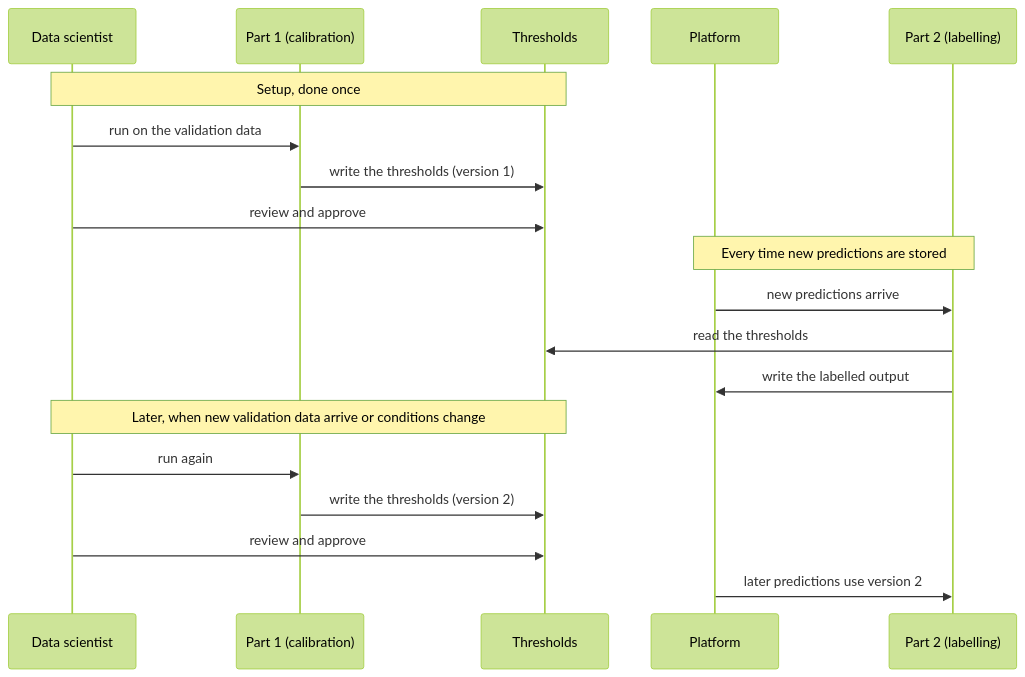
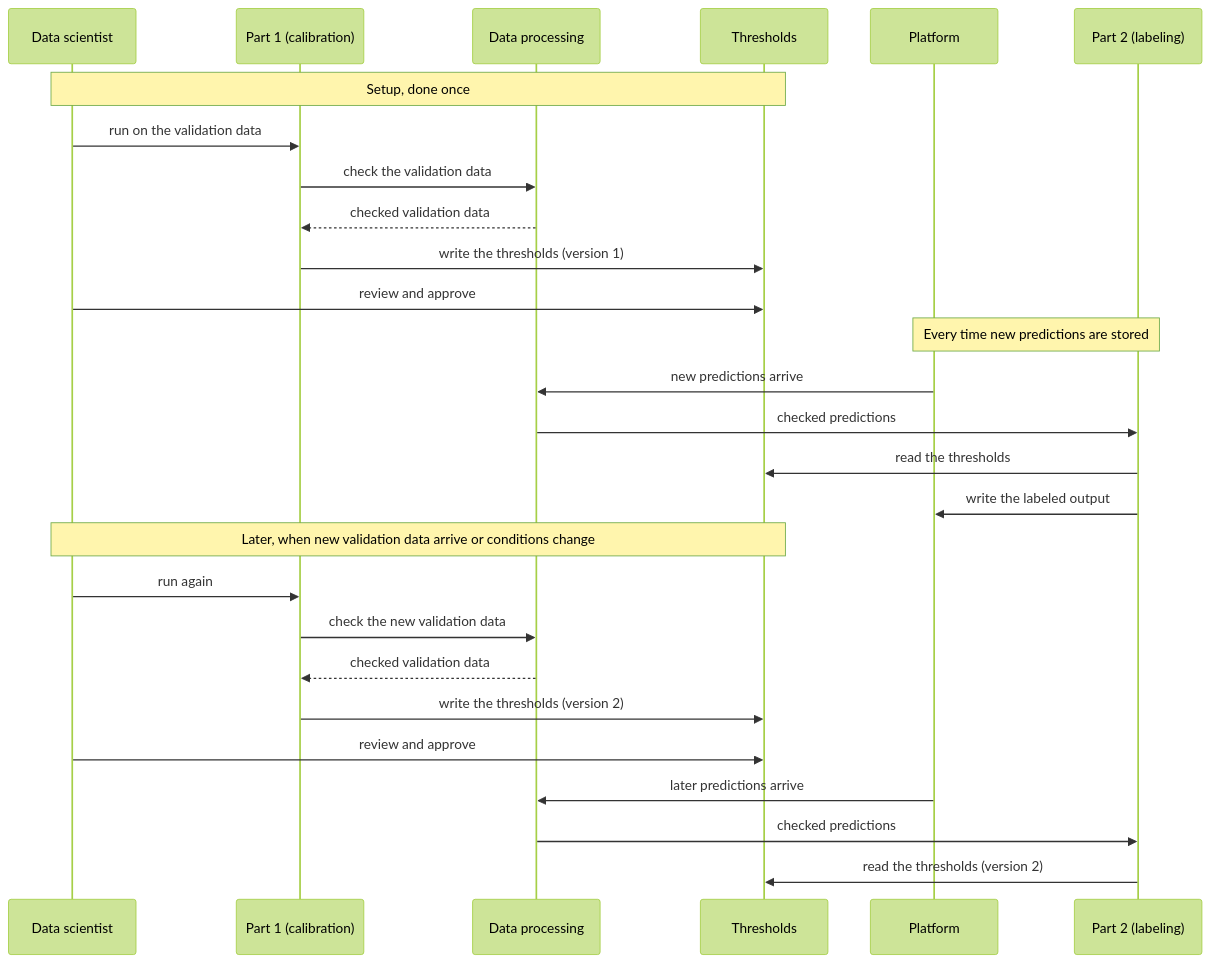
One commit to srcohen/NS_SDS_TakeHomeProject_SCohen changed the second of 2 diagrams in Data_Birds/Tech_Requirements.md. Above: the diagram before and after it, drawn with Mermaid (forest theme). The commit also changed other lines of this file, not shown here.

Commit message:
Add inputs, data quality checks and data processing to Tech_Requirements; update diagrams

````diff
--- a/Data_Birds/Tech_Requirements.md
+++ b/Data_Birds/Tech_Requirements.md
@@ -75,24 +78,32 @@
 ```mermaid
 sequenceDiagram
     participant DS as Data scientist
     participant P1 as Part 1 (calibration)
+    participant DP as Data processing
     participant TH as Thresholds
     participant PL as Platform
-    participant P2 as Part 2 (labelling)
+    participant P2 as Part 2 (labeling)
 
     Note over DS,TH: Setup, done once
     DS->>P1: run on the validation data
+    P1->>DP: check the validation data
+    DP-->>P1: checked validation data
     P1->>TH: write the thresholds (version 1)
     DS->>TH: review and approve
 
     Note over PL,P2: Every time new predictions are stored
-    PL->>P2: new predictions arrive
+    PL->>DP: new predictions arrive
+    DP->>P2: checked predictions
     P2->>TH: read the thresholds
-    P2->>PL: write the labelled output
+    P2->>PL: write the labeled output
 
     Note over DS,TH: Later, when new validation data arrive or conditions change
     DS->>P1: run again
+    P1->>DP: check the new validation data
+    DP-->>P1: checked validation data
     P1->>TH: write the thresholds (version 2)
     DS->>TH: review and approve
-    PL->>P2: later predictions use version 2
+    PL->>DP: later predictions arrive
+    DP->>P2: checked predictions
+    P2->>TH: read the thresholds (version 2)
 ```
````
